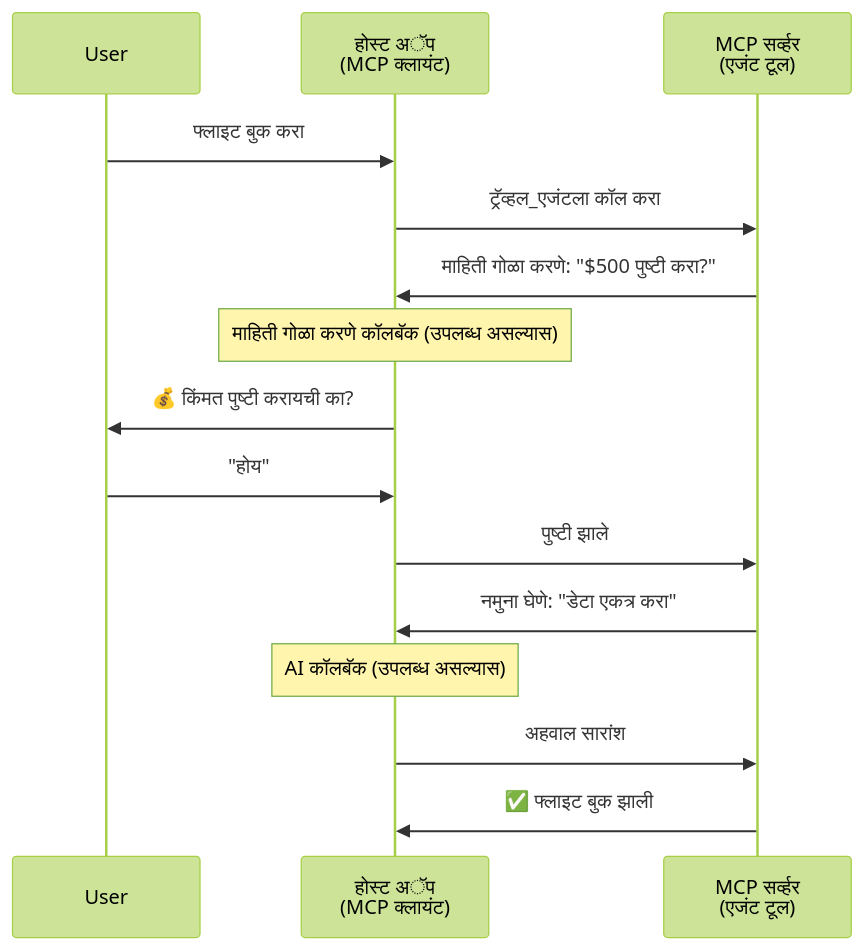
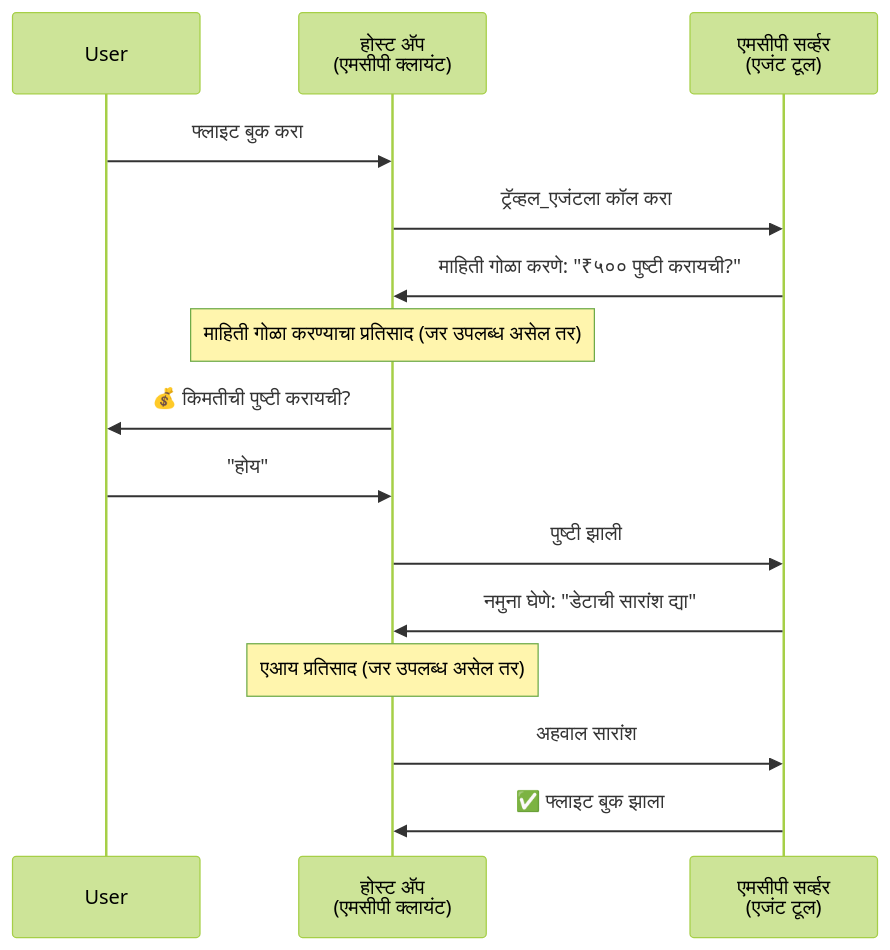
One commit to gabrielmoreira/agent-skills-mirror changed the fourth of 5 diagrams in mirrors/repos/microsoft@ai-agents-for-beginners/translations/mr/11-agentic-protocols/code_samples/mcp-agents/README.md. Above: the diagram before and after it, drawn with Mermaid (forest theme). The commit also changed other lines of this file and 4262 other files, not shown here.

````diff
--- a/mirrors/repos/microsoft@ai-agents-for-beginners/translations/mr/11-agentic-protocols/code_samples/mcp-agents/README.md
+++ b/mirrors/repos/microsoft@ai-agents-for-beginners/translations/mr/11-agentic-protocols/code_samples/mcp-agents/README.md
@@ -163,21 +163,21 @@
 ```mermaid
 sequenceDiagram
     participant User
-    participant Host as होस्ट अॅप<br/>(MCP क्लायंट)
-    participant Server as MCP सर्व्हर<br/>(एजंट टूल)
+    participant Host as होस्ट अ‍ॅप<br/>(एमसीपी क्लायंट)
+    participant Server as एमसीपी सर्व्हर<br/>(एजंट टूल)
 
     User->>Host: फ्लाइट बुक करा
     Host->>Server: ट्रॅव्हल_एजंटला कॉल करा
 
-    Server->>Host: माहिती गोळा करणे: "$500 पुष्टी करा?"
-    Note over Host: माहिती गोळा करणे कॉलबॅक (उपलब्ध असल्यास)
-    Host->>User: 💰 किंमत पुष्टी करायची का?
+    Server->>Host: माहिती गोळा करणे: "₹५०० पुष्टी करायची?"
+    Note over Host: माहिती गोळा करण्याचा प्रतिसाद (जर उपलब्ध असेल तर)
+    Host->>User: 💰 किमतीची पुष्टी करायची?
     User->>Host: "होय"
-    Host->>Server: पुष्टी झाले
+    Host->>Server: पुष्टी झाली
 
-    Server->>Host: नमुना घेणे: "डेटा एकत्र करा"
-    Note over Host: AI कॉलबॅक (उपलब्ध असल्यास)
+    Server->>Host: नमुना घेणे: "डेटाची सारांश द्या"
+    Note over Host: एआय प्रतिसाद (जर उपलब्ध असेल तर)
     Host->>Server: अहवाल सारांश
 
-    Server->>Host: ✅ फ्लाइट बुक झाली
+    Server->>Host: ✅ फ्लाइट बुक झाला
 ```
````
